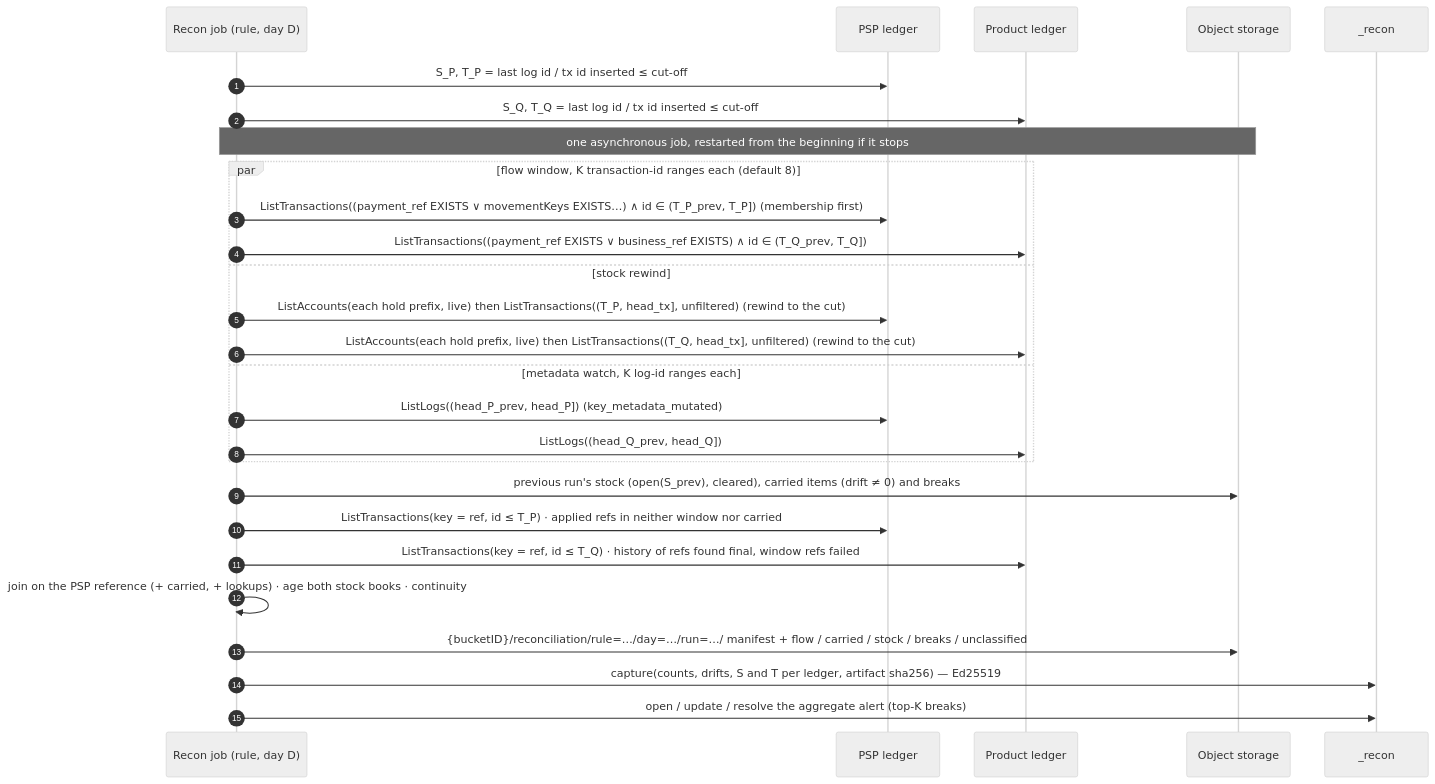
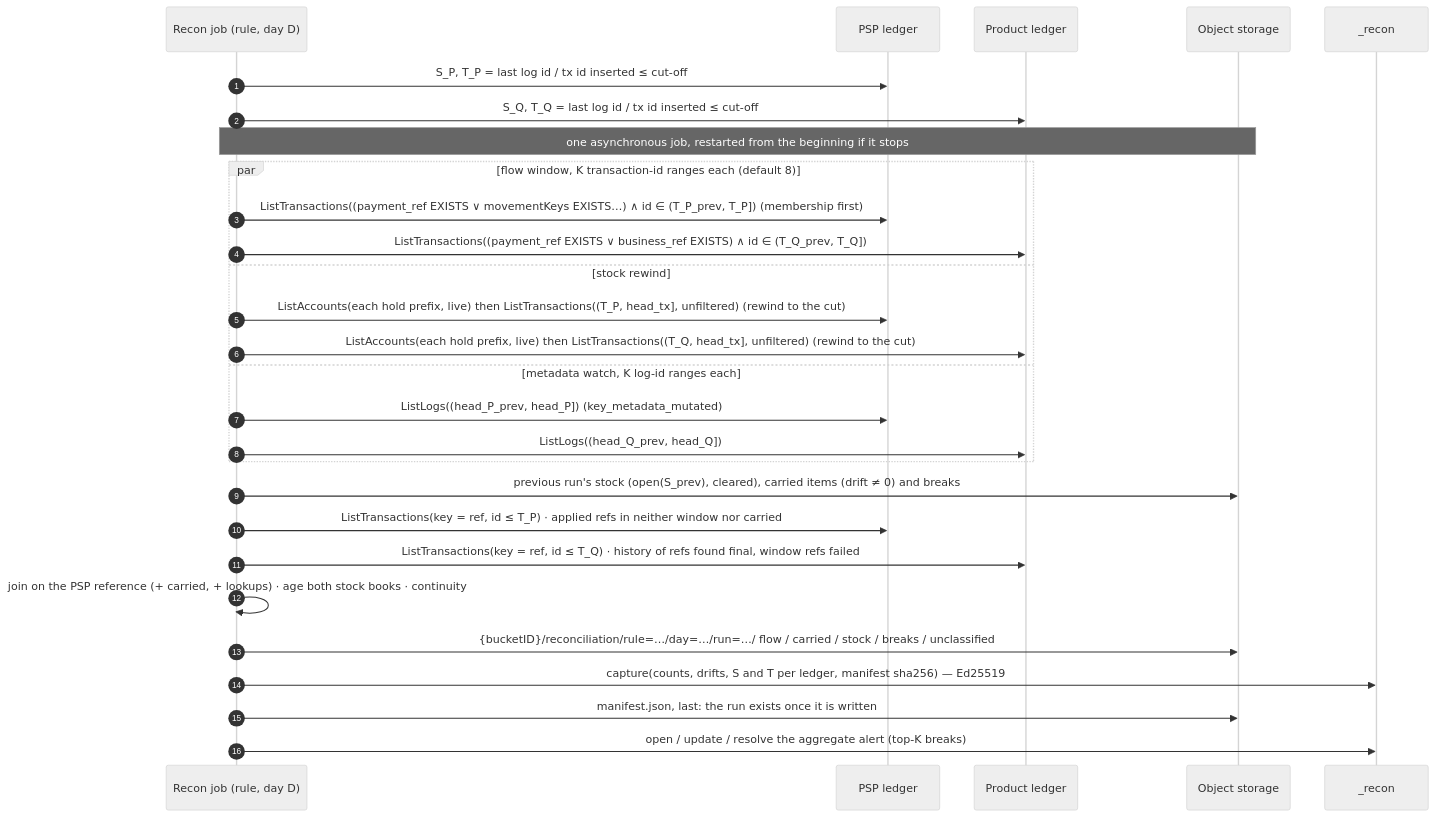
One commit to formancehq/reconciliation changed the second of 2 diagrams in docs/technical/transaction-level-reconciliation.md. Above: the diagram before and after it, drawn with Mermaid (neutral theme). The commit also changed other lines of this file and 6 other files, not shown here.

````diff
--- a/docs/technical/transaction-level-reconciliation.md
+++ b/docs/technical/transaction-level-reconciliation.md
@@ -255,30 +255,31 @@
 ```mermaid
 sequenceDiagram
     autonumber
     participant J as Recon job (rule, day D)
     participant P as PSP ledger
     participant Q as Product ledger
     participant O as Object storage
     participant C as _recon
 
     J->>P: S_P, T_P = last log id / tx id inserted ≤ cut-off
     J->>Q: S_Q, T_Q = last log id / tx id inserted ≤ cut-off
     Note over J,O: one asynchronous job, restarted from the beginning if it stops
     par flow window, K transaction-id ranges each (default 8)
         J->>P: ListTransactions((payment_ref EXISTS ∨ movementKeys EXISTS…) ∧ id ∈ (T_P_prev, T_P])  (membership first)
         J->>Q: ListTransactions((payment_ref EXISTS ∨ business_ref EXISTS) ∧ id ∈ (T_Q_prev, T_Q])
     and stock rewind
         J->>P: ListAccounts(each hold prefix, live) then ListTransactions((T_P, head_tx], unfiltered) (rewind to the cut)
         J->>Q: ListAccounts(each hold prefix, live) then ListTransactions((T_Q, head_tx], unfiltered) (rewind to the cut)
     and metadata watch, K log-id ranges each
         J->>P: ListLogs((head_P_prev, head_P])  (key_metadata_mutated)
         J->>Q: ListLogs((head_Q_prev, head_Q])
     end
     J->>O: previous run's stock (open(S_prev), cleared), carried items (drift ≠ 0) and breaks
     J->>P: ListTransactions(key = ref, id ≤ T_P) · applied refs in neither window nor carried
     J->>Q: ListTransactions(key = ref, id ≤ T_Q) · history of refs found final, window refs failed
     J->>J: join on the PSP reference (+ carried, + lookups) · age both stock books · continuity
-    J->>O: {bucketID}/reconciliation/rule=…/day=…/run=…/ manifest + flow / carried / stock / breaks / unclassified
-    J->>C: capture(counts, drifts, S and T per ledger, artifact sha256) — Ed25519
+    J->>O: {bucketID}/reconciliation/rule=…/day=…/run=…/ flow / carried / stock / breaks / unclassified
+    J->>C: capture(counts, drifts, S and T per ledger, manifest sha256) — Ed25519
+    J->>O: manifest.json, last: the run exists once it is written
     J->>C: open / update / resolve the aggregate alert (top-K breaks)
 ```
````
